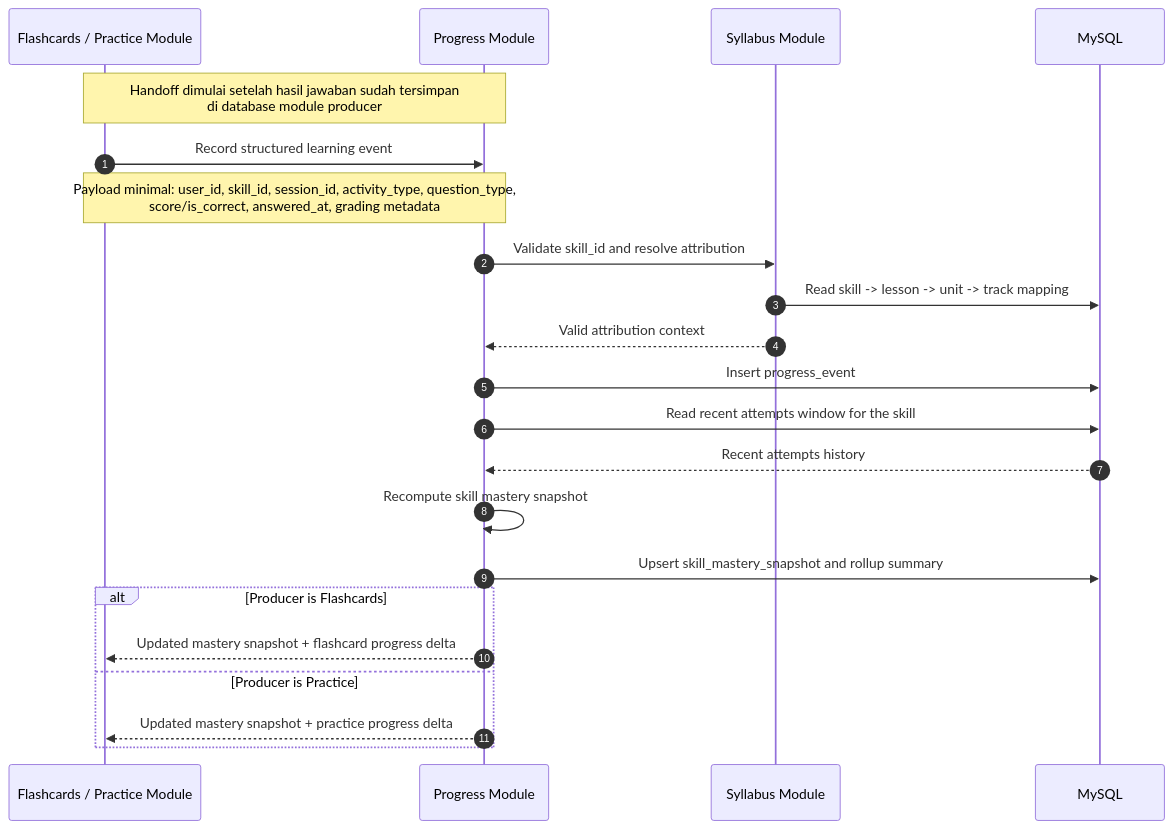
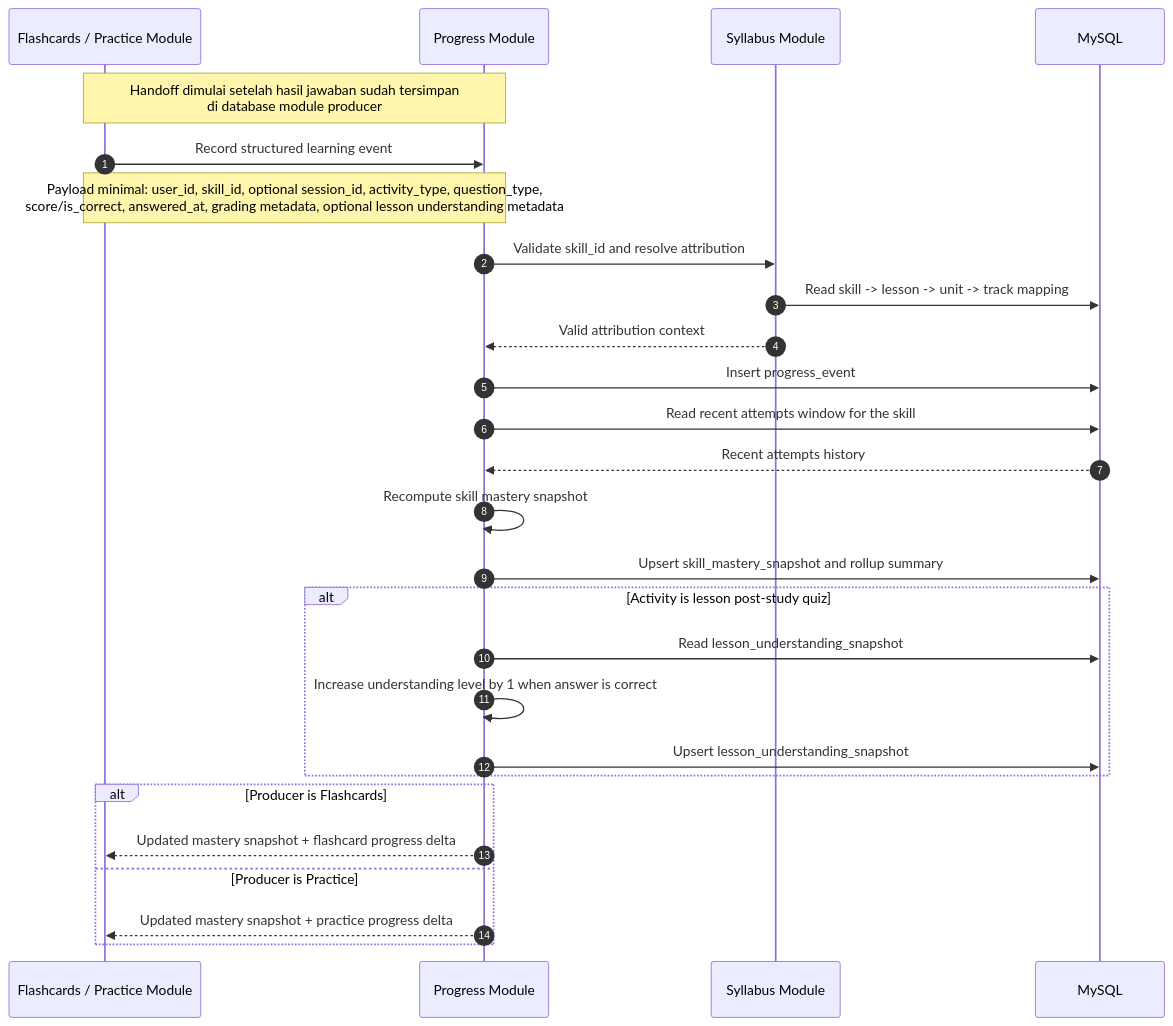
The diagram in docs/sequence-diagram/update-progress-snapshot.md (bpkcongli/kotoba-hub), drawn with Mermaid before and after one commit. The commit also changed other lines of this file and 19 other files, not shown here.

First line of the commit message:
docs: enhance MVP plan with post-study quiz integration and deterministic grading

````diff
--- a/docs/sequence-diagram/update-progress-snapshot.md
+++ b/docs/sequence-diagram/update-progress-snapshot.md
@@ -10,29 +10,35 @@
 ```mermaid
 sequenceDiagram
     autonumber
     participant Activity as Flashcards / Practice Module
     participant Progress as Progress Module
     participant Syllabus as Syllabus Module
     participant DB as MySQL
 
     Note over Activity,Progress: Handoff dimulai setelah hasil jawaban sudah tersimpan <br> di database module producer
 
     Activity->>Progress: Record structured learning event
-    Note over Activity,Progress: Payload minimal: user_id, skill_id, session_id, activity_type, question_type, <br> score/is_correct, answered_at, grading metadata
+    Note over Activity,Progress: Payload minimal: user_id, skill_id, optional session_id, activity_type, question_type, <br> score/is_correct, answered_at, grading metadata, optional lesson understanding metadata
 
     Progress->>Syllabus: Validate skill_id and resolve attribution
     Syllabus->>DB: Read skill -> lesson -> unit -> track mapping
     Syllabus-->>Progress: Valid attribution context
 
     Progress->>DB: Insert progress_event
     Progress->>DB: Read recent attempts window for the skill
     DB-->>Progress: Recent attempts history
     Progress->>Progress: Recompute skill mastery snapshot
     Progress->>DB: Upsert skill_mastery_snapshot and rollup summary
 
+    alt Activity is lesson post-study quiz
+        Progress->>DB: Read lesson_understanding_snapshot
+        Progress->>Progress: Increase understanding level by 1 when answer is correct
+        Progress->>DB: Upsert lesson_understanding_snapshot
+    end
+
     alt Producer is Flashcards
         Progress-->>Activity: Updated mastery snapshot + flashcard progress delta
     else Producer is Practice
         Progress-->>Activity: Updated mastery snapshot + practice progress delta
     end
 ```
````
